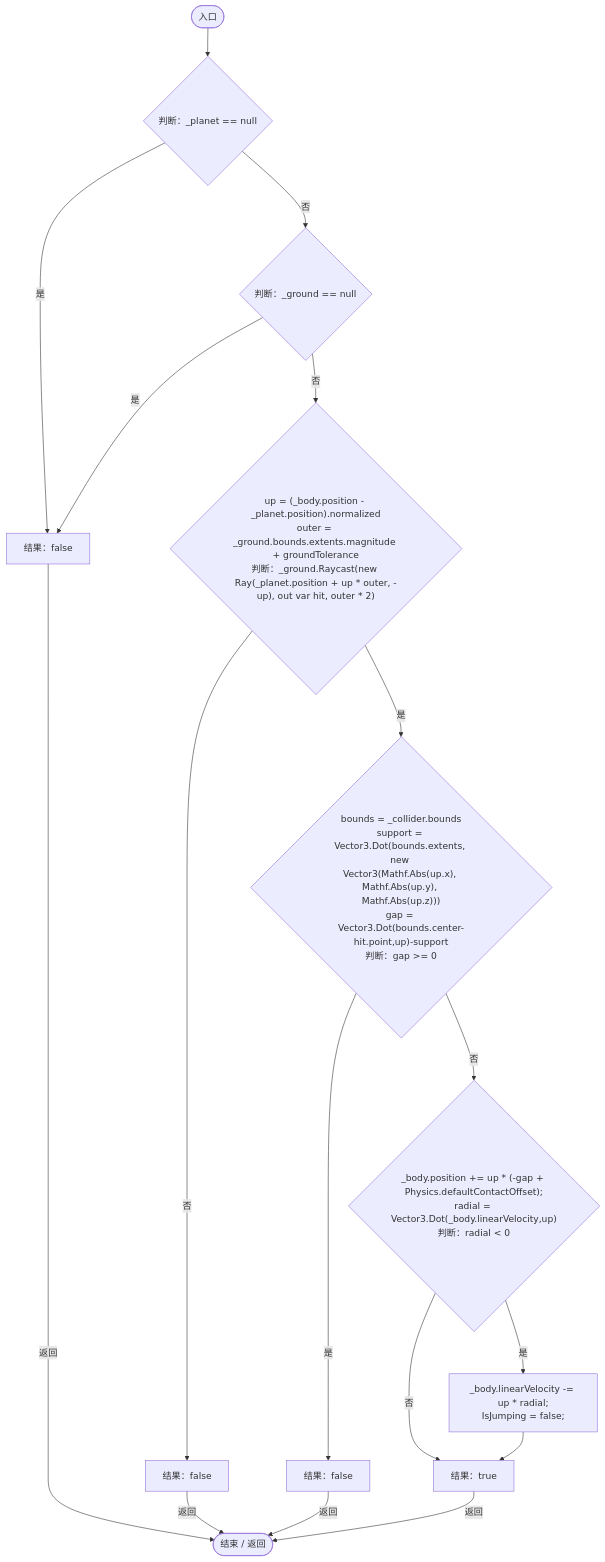
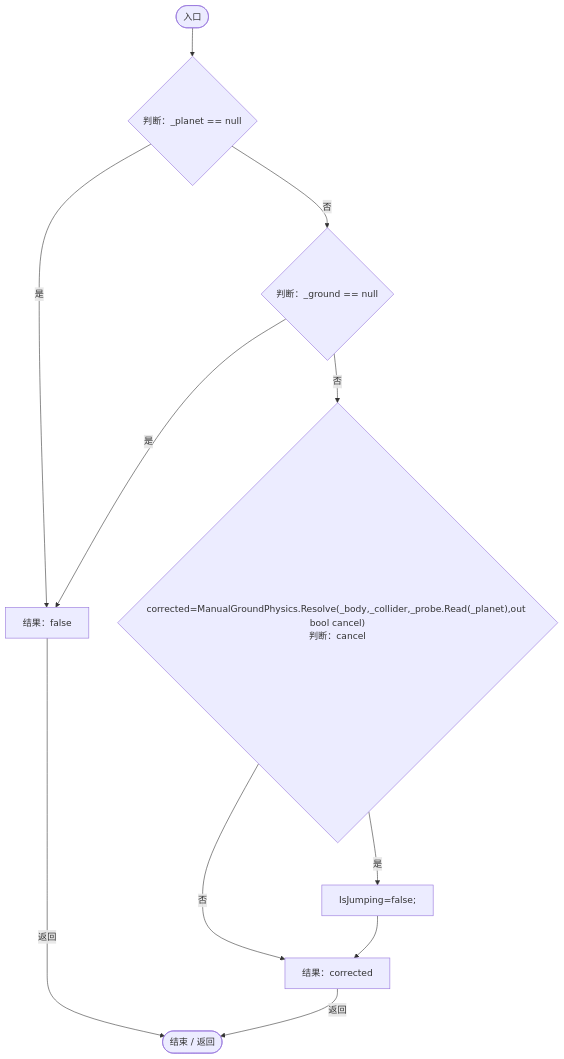
The ninth of 10 diagrams in Docs/运行流程图/脚本/fa3269c9da0aa692.md (xhs6666/Darwin_paradise), drawn with Mermaid before and after one commit. The commit also changed other lines of this file and 107 other files, not shown here.

````diff
--- a/Docs/运行流程图/脚本/fa3269c9da0aa692.md
+++ b/Docs/运行流程图/脚本/fa3269c9da0aa692.md
@@ -315,32 +337,22 @@
 ```mermaid
 flowchart TD
   b0(["入口"])
   b1{"判断：_planet == null"}
   b2{"判断：_ground == null"}
   b3["结果：false"]
-  b4{"up = (_body.position - _planet.position).normalized<br/>outer = _ground.bounds.extents.magnitude + groundTolerance<br/>判断：_ground.Raycast(new Ray(_planet.position + up * outer, -up), out var hit, outer * 2)"}
-  b5["结果：false"]
-  b6{"bounds = _collider.bounds<br/>support = Vector3.Dot(bounds.extents, new Vector3(Mathf.Abs(up.x), Mathf.Abs(up.y), Mathf.Abs(up.z)))<br/>gap = Vector3.Dot(bounds.center-hit.point,up)-support<br/>判断：gap &gt;= 0"}
-  b7["结果：false"]
-  b8{"_body.position += up * (-gap + Physics.defaultContactOffset);<br/>radial = Vector3.Dot(_body.linearVelocity,up)<br/>判断：radial &lt; 0"}
-  b9["_body.linearVelocity -= up * radial;<br/>IsJumping = false;"]
-  b10["结果：true"]
-  b11(["结束 / 返回"])
+  b4{"corrected=ManualGroundPhysics.Resolve(_body,_collider,_probe.Read(_planet),out bool cancel)<br/>判断：cancel"}
+  b5["IsJumping=false;"]
+  b6["结果：corrected"]
+  b7(["结束 / 返回"])
   b0 --> b1
   b1 -->|"否"| b2
   b1 -->|"是"| b3
   b2 -->|"是"| b3
   b2 -->|"否"| b4
-  b3 -->|"返回"| b11
-  b4 -->|"否"| b5
-  b4 -->|"是"| b6
-  b5 -->|"返回"| b11
-  b6 -->|"是"| b7
-  b6 -->|"否"| b8
-  b7 -->|"返回"| b11
-  b8 -->|"是"| b9
-  b8 -->|"否"| b10
-  b9 --> b10
-  b10 -->|"返回"| b11
+  b3 -->|"返回"| b7
+  b4 -->|"是"| b5
+  b4 -->|"否"| b6
+  b5 --> b6
+  b6 -->|"返回"| b7
 
 ```
````
